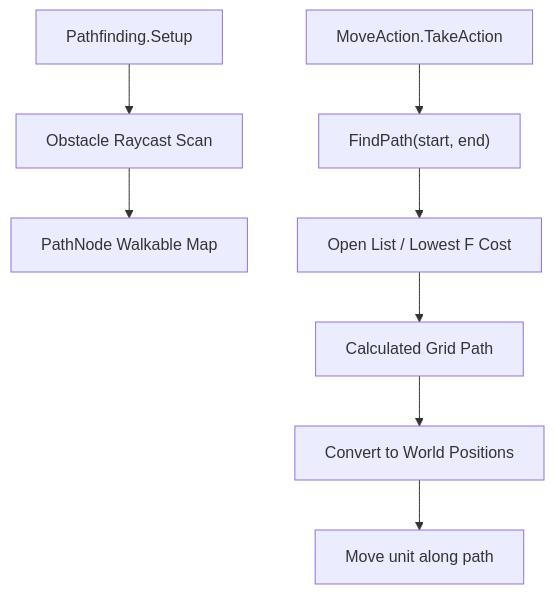
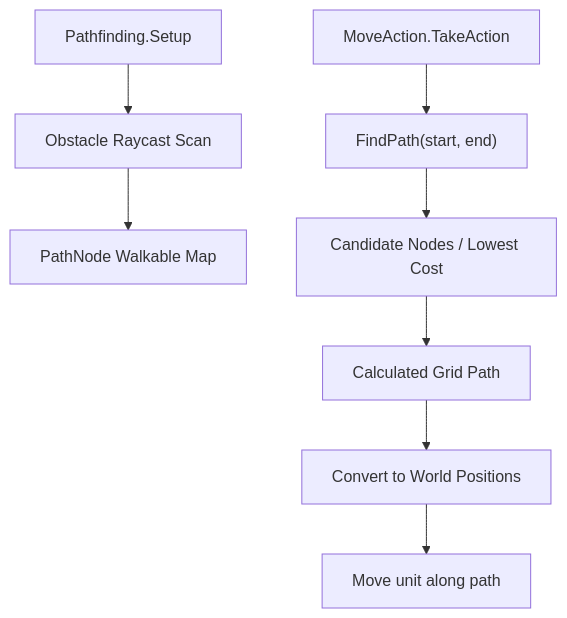
The fourth of 5 diagrams in README.md (sharknogal/TBT-original), drawn with Mermaid before and after one commit. The commit also changed other lines of this file, not shown here.

````diff
--- a/README.md
+++ b/README.md
@@ -216,10 +216,10 @@
 ```mermaid
 flowchart TD
     Setup["Pathfinding.Setup"] --> Scan["Obstacle Raycast Scan"]
     Scan --> Nodes["PathNode Walkable Map"]
     Move["MoveAction.TakeAction"] --> Find["FindPath(start, end)"]
-    Find --> Open["Open List / Lowest F Cost"]
+    Find --> Open["Candidate Nodes / Lowest Cost"]
     Open --> Path["Calculated Grid Path"]
     Path --> World["Convert to World Positions"]
     World --> MoveUnit["Move unit along path"]
 ```
````
